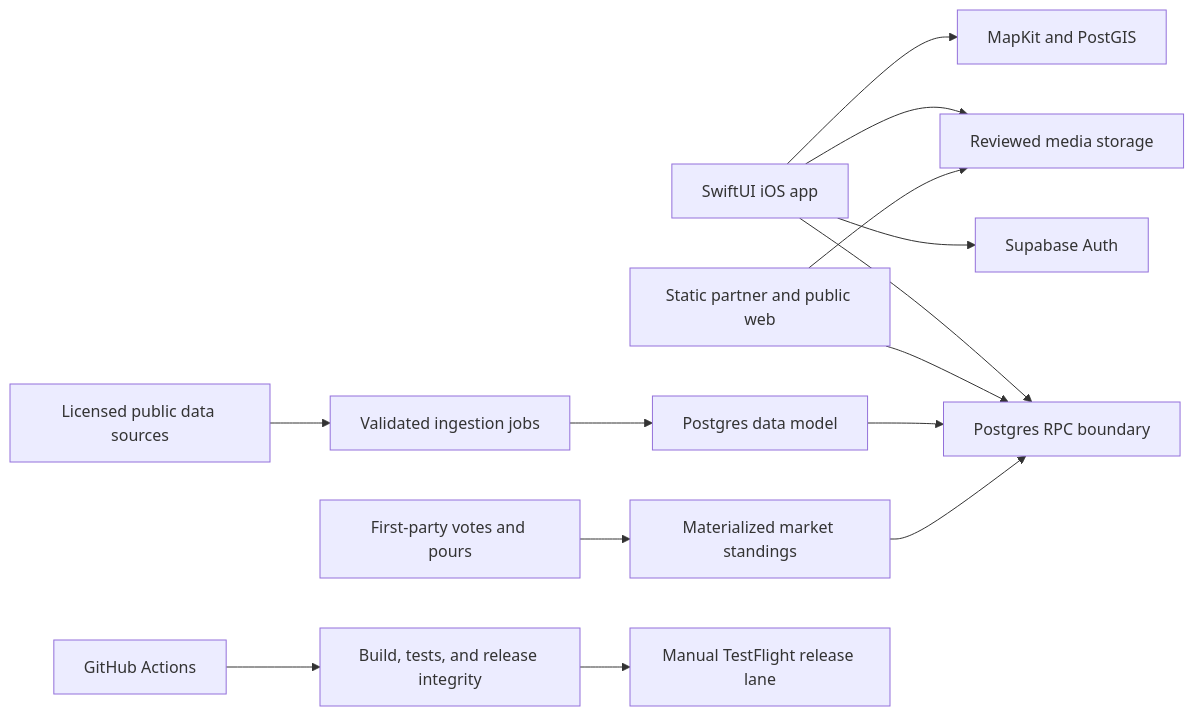
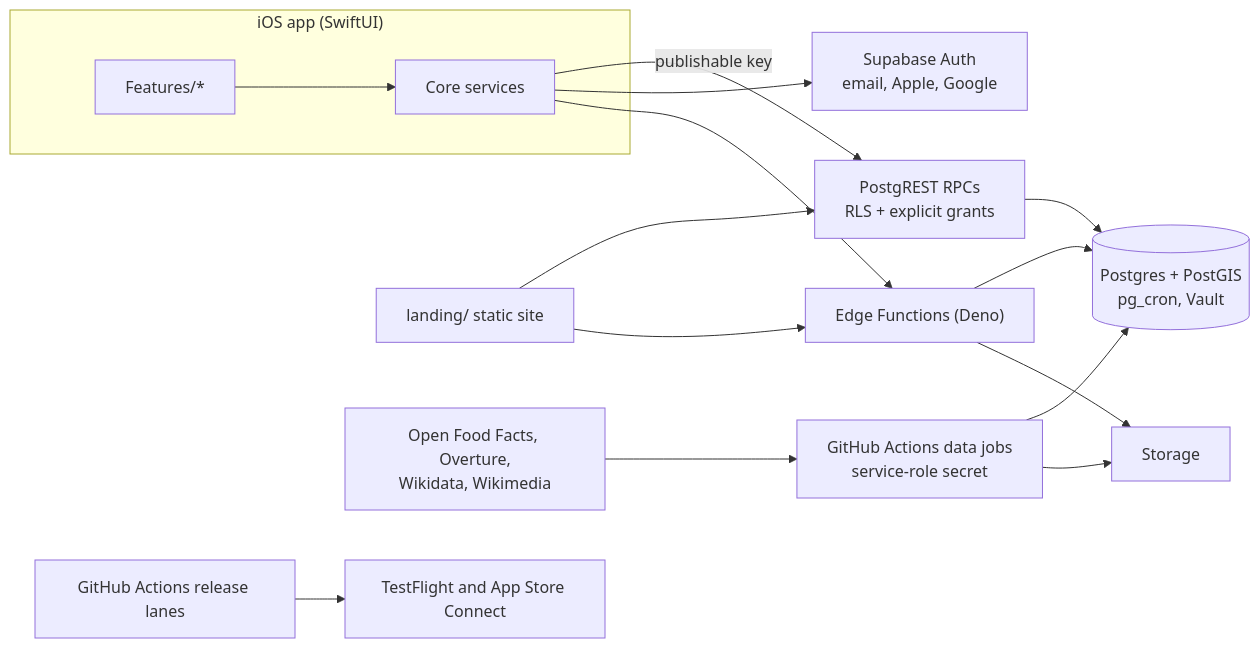
Before and after one commit to erickdronski/tapt: the diagram in README.md, drawn with Mermaid. The commit also changed other lines of this file and 2 other files, not shown here.

````diff
--- a/README.md
+++ b/README.md
@@ -52,16 +67,18 @@
 ```mermaid
 flowchart LR
-    App["SwiftUI iOS app"] --> Auth["Supabase Auth"]
-    App --> API["Postgres RPC boundary"]
-    App --> Maps["MapKit and PostGIS"]
-    App --> Storage["Reviewed media storage"]
-    Web["Static partner and public web"] --> API
-    Web --> Storage
-    Sources["Licensed public data sources"] --> Jobs["Validated ingestion jobs"]
-    Jobs --> DB["Postgres data model"]
-    DB --> API
-    Signals["First-party votes and pours"] --> Scores["Materialized market standings"]
-    Scores --> API
-    Actions["GitHub Actions"] --> Tests["Build, tests, and release integrity"]
-    Tests --> TestFlight["Manual TestFlight release lane"]
+    subgraph iOS["iOS app (SwiftUI)"]
+        Features["Features/*"] --> Core["Core services"]
+    end
+    Core -->|publishable key| API["PostgREST RPCs<br/>RLS + explicit grants"]
+    Core --> Auth["Supabase Auth<br/>email, Apple, Google"]
+    Core --> Edge["Edge Functions (Deno)"]
+    Web["landing/ static site"] --> API
+    Web --> Edge
+    API --> DB[("Postgres + PostGIS<br/>pg_cron, Vault")]
+    Edge --> DB
+    Edge --> Storage["Storage"]
+    Jobs["GitHub Actions data jobs<br/>service-role secret"] --> DB
+    Jobs --> Storage
+    Sources["Open Food Facts, Overture,<br/>Wikidata, Wikimedia"] --> Jobs
+    CI["GitHub Actions release lanes"] --> ASC["TestFlight and App Store Connect"]
 ```
````
